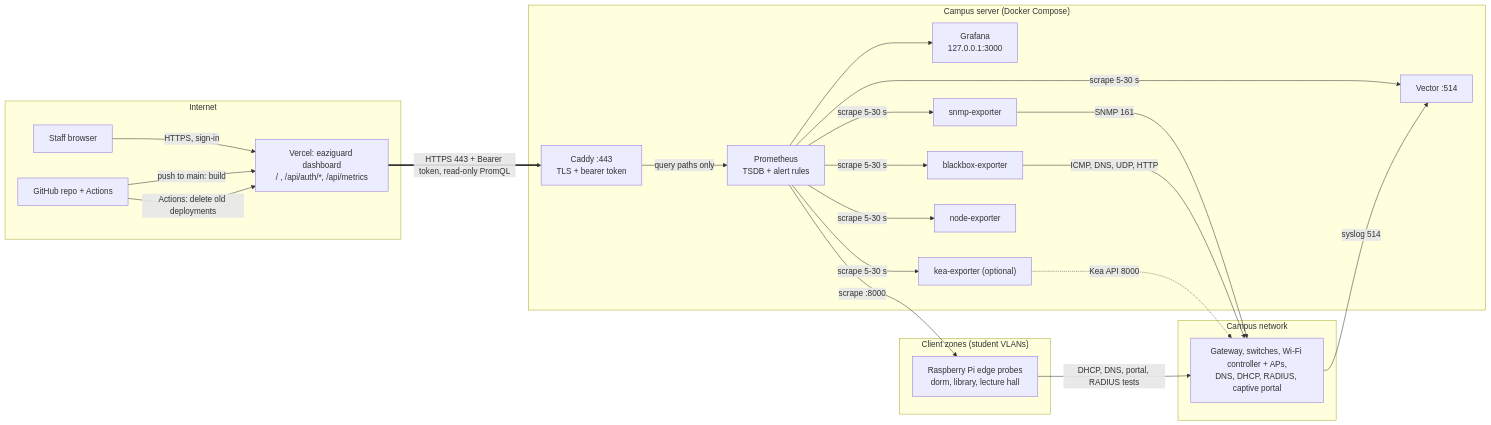
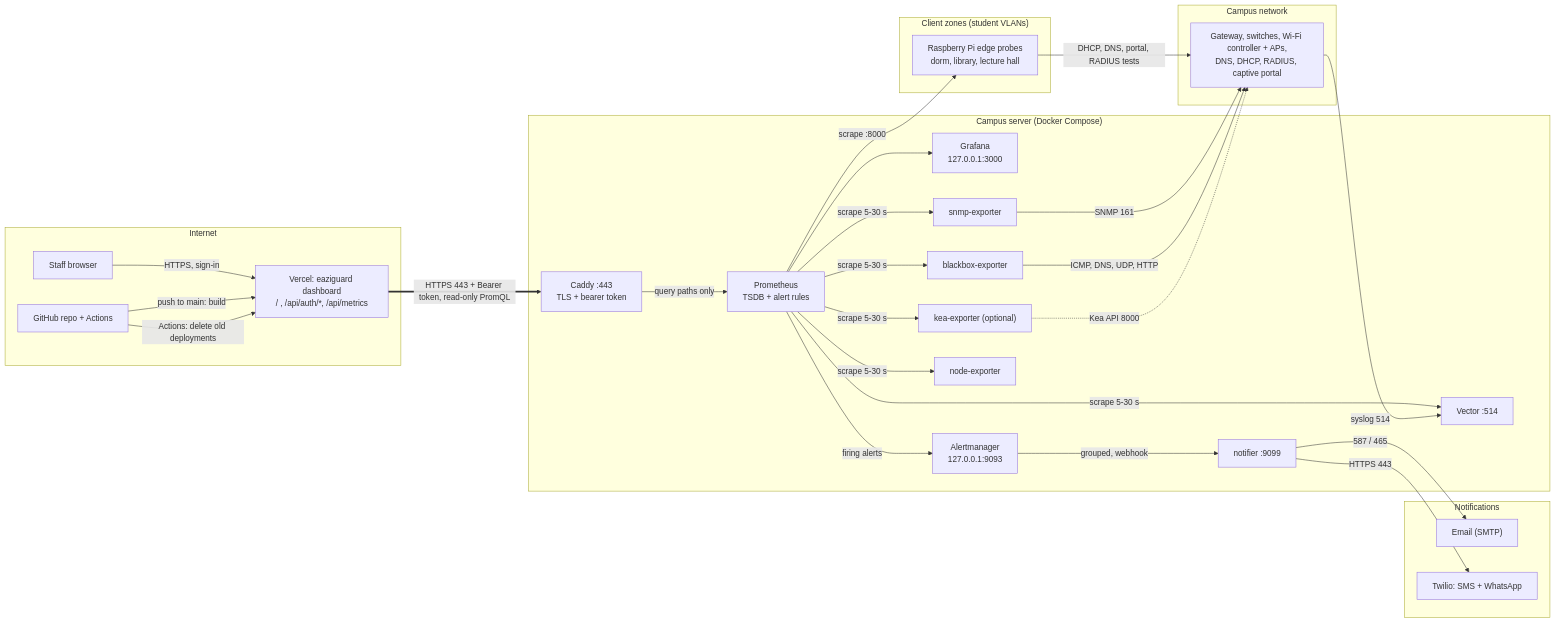
Before and after one commit to cckhaw/eaziguard: the first of 2 diagrams in README.md, drawn with Mermaid. The commit also changed other lines of this file and 23 other files, not shown here.

First line of the commit message:
Apple HIG interface revamp and email, SMS and WhatsApp alert notifications (#11)

````diff
--- a/README.md
+++ b/README.md
@@ -25,37 +26,47 @@
 ```mermaid
 flowchart LR
   subgraph NET["Internet"]
     B["Staff browser"]
     V["Vercel: eaziguard dashboard<br/>/ , /api/auth/*, /api/metrics"]
     G["GitHub repo + Actions"]
   end
   subgraph SRV["Campus server (Docker Compose)"]
     C["Caddy :443<br/>TLS + bearer token"]
     P["Prometheus<br/>TSDB + alert rules"]
     GR["Grafana<br/>127.0.0.1:3000"]
     SNMP["snmp-exporter"]
     BB["blackbox-exporter"]
     VEC["Vector :514"]
     KEA["kea-exporter (optional)"]
     NODE["node-exporter"]
+    AM["Alertmanager<br/>127.0.0.1:9093"]
+    NOT["notifier :9099"]
+  end
+  subgraph OUT["Notifications"]
+    MAIL["Email (SMTP)"]
+    TW["Twilio: SMS + WhatsApp"]
   end
   subgraph CAMPUS["Campus network"]
     DEV["Gateway, switches, Wi-Fi controller + APs,<br/>DNS, DHCP, RADIUS, captive portal"]
   end
   subgraph CLIENTS["Client zones (student VLANs)"]
     PI["Raspberry Pi edge probes<br/>dorm, library, lecture hall"]
   end
   B -->|"HTTPS, sign-in"| V
   V ==>|"HTTPS 443 + Bearer token, read-only PromQL"| C
   C -->|"query paths only"| P
   P -->|"scrape 5-30 s"| SNMP & BB & VEC & KEA & NODE
   P -->|"scrape :8000"| PI
   SNMP -->|"SNMP 161"| DEV
   BB -->|"ICMP, DNS, UDP, HTTP"| DEV
   DEV -->|"syslog 514"| VEC
   KEA -.->|"Kea API 8000"| DEV
   PI -->|"DHCP, DNS, portal, RADIUS tests"| DEV
   P --> GR
+  P -->|"firing alerts"| AM
+  AM -->|"grouped, webhook"| NOT
+  NOT -->|"587 / 465"| MAIL
+  NOT -->|"HTTPS 443"| TW
   G -->|"push to main: build"| V
   G -->|"Actions: delete old deployments"| V
 ```
````
